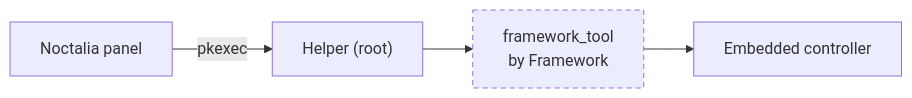
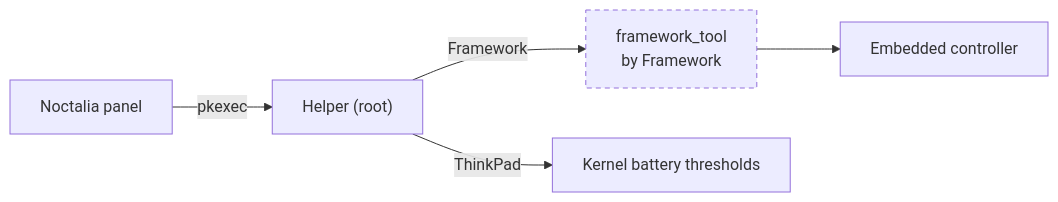
The diagram in README.md (pwilcke/battery-limiter-noctalia), drawn with Mermaid before and after one commit. The commit also changed other lines of this file and 9 other files, not shown here.

First line of the commit message:
Support ThinkPads through the kernel's charge thresholds

````diff
--- a/README.md
+++ b/README.md
@@ -67,6 +67,8 @@
 ```mermaid
 flowchart LR
-    panel["Noctalia panel"] -- pkexec --> helper["Helper (root)"] --> tool["framework_tool<br>by Framework"] --> ec["Embedded controller"]
+    panel["Noctalia panel"] -- pkexec --> helper["Helper (root)"]
+    helper -- Framework --> tool["framework_tool<br>by Framework"] --> ec["Embedded controller"]
+    helper -- ThinkPad --> sysfs["Kernel battery thresholds"]
     classDef external stroke-dasharray: 5 4
     class tool external
 ```
````
